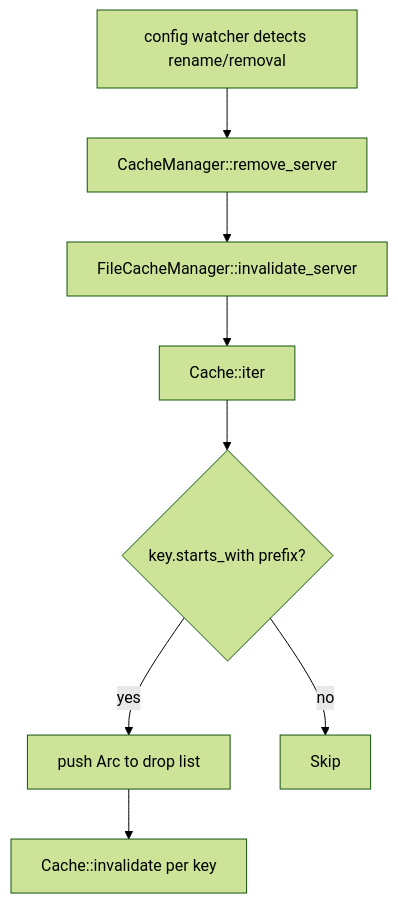
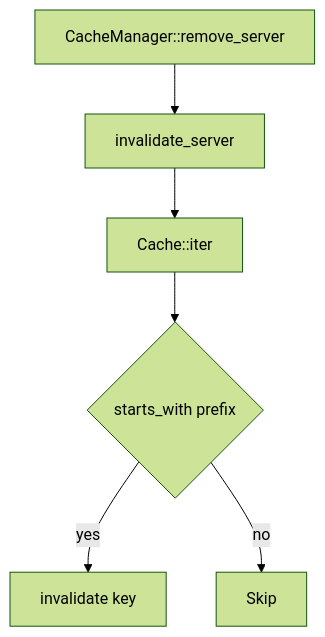
The third of 3 diagrams in crates/file-cache/docs/flows.md (Lighty-Launcher/LightyUpdater), drawn with Mermaid (forest theme) before and after one commit. The commit also changed other lines of this file and 22 other files, not shown here.

First line of the commit message:
Simplify per-crate docs + harden mermaid for GitBook

````diff
--- a/crates/file-cache/docs/flows.md
+++ b/crates/file-cache/docs/flows.md
@@ -73,10 +54,8 @@
 ```mermaid
 flowchart TD
-    Watcher[config watcher detects rename/removal] --> Remove[CacheManager::remove_server]
-    Remove --> Inv[FileCacheManager::invalidate_server]
+    Remove[CacheManager::remove_server] --> Inv[invalidate_server]
     Inv --> Iter[Cache::iter]
-    Iter --> Match{key.starts_with prefix?}
-    Match -->|yes| Collect[push Arc to drop list]
+    Iter --> Match{starts_with prefix}
+    Match -->|yes| Drop[invalidate key]
     Match -->|no| Skip
-    Collect --> Drop[Cache::invalidate per key]
 ```
````
